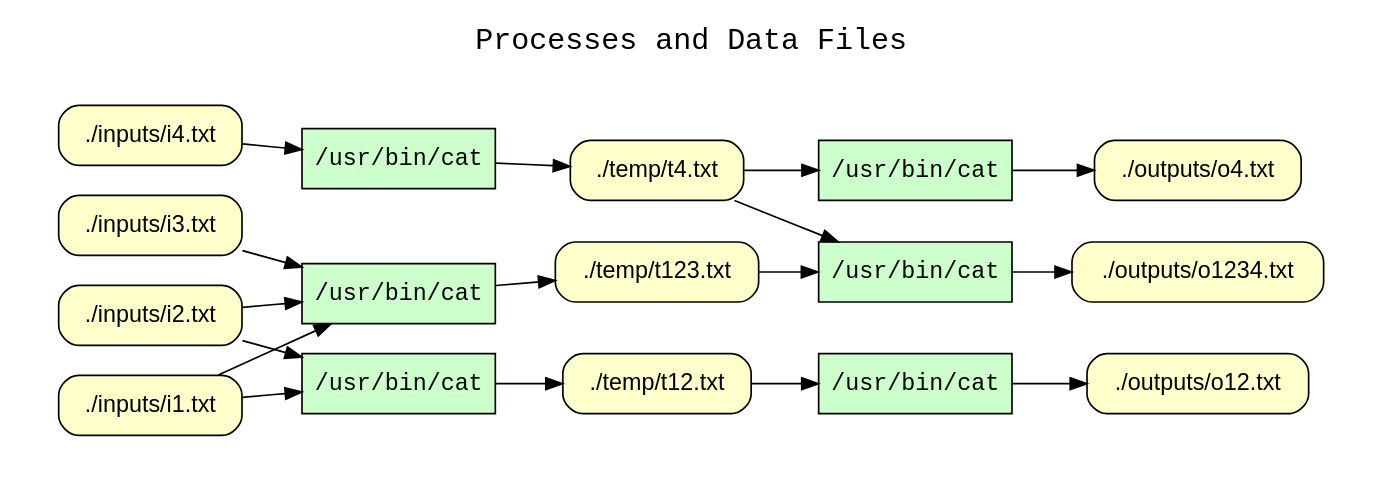
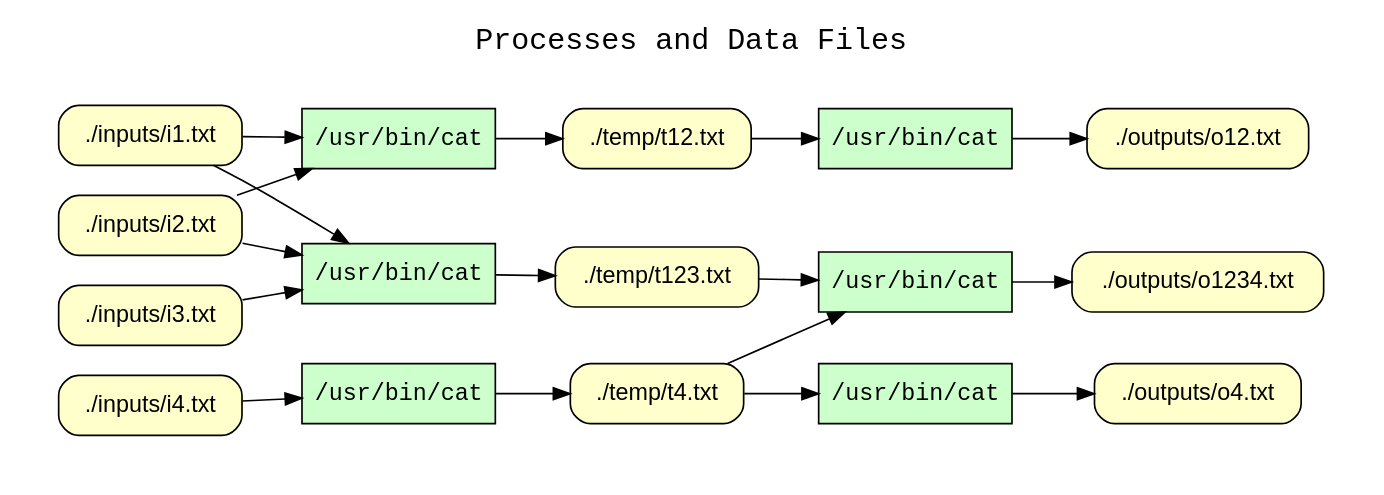
Before and after one commit to CIRSS/cpr: the diagram in examples/08-branched-pipeline/graphs.d/cpr_processes_and_data_files.dot, drawn with Graphviz. The commit also changed other lines of this file and 15 other files, not shown here.

```diff
--- a/examples/08-branched-pipeline/graphs.d/cpr_processes_and_data_files.dot
+++ b/examples/08-branched-pipeline/graphs.d/cpr_processes_and_data_files.dot
@@ -1,43 +1,43 @@
 
 digraph cpr_run {
 rankdir=LR
 fontname=Courier; fontsize=18; labelloc=t
 label="Processes and Data Files"
 subgraph cluster_inputs { label=""; color=white; penwidth=0
 subgraph cluster_inputs_inner { label=""; color=white
 node[shape=box style="filled" fillcolor="#CCFFCC" peripheries=1 fontname=Courier]
 "exe:e7" [label="/usr/bin/cat"]
 "exe:e6" [label="/usr/bin/cat"]
 "exe:e5" [label="/usr/bin/cat"]
 "exe:e4" [label="/usr/bin/cat"]
 "exe:e3" [label="/usr/bin/cat"]
 "exe:e2" [label="/usr/bin/cat"]
 node[shape=box style="rounded,filled" fillcolor="#FFFFCC" peripheries=1 fontname=Helvetica]
-"access:i20" [label="./inputs/i4.txt"]
-"access:i9" [label="./temp/t12.txt"]
 "access:i21" [label="./outputs/o12.txt"]
 "access:i22" [label="./outputs/o1234.txt"]
 "access:i15" [label="./inputs/i1.txt"]
 "access:i23" [label="./outputs/o4.txt"]
 "access:i16" [label="./inputs/i2.txt"]
 "access:i17" [label="./temp/t123.txt"]
 "access:i18" [label="./inputs/i3.txt"]
 "access:i19" [label="./temp/t4.txt"]
+"access:i20" [label="./inputs/i4.txt"]
+"access:i9" [label="./temp/t12.txt"]
 "exe:e7" -> "access:i23"
 "exe:e6" -> "access:i22"
 "exe:e5" -> "access:i21"
 "exe:e4" -> "access:i19"
 "exe:e3" -> "access:i17"
 "exe:e2" -> "access:i9"
 "access:i19" -> "exe:e7"
 "access:i17" -> "exe:e6"
 "access:i19" -> "exe:e6"
 "access:i9" -> "exe:e5"
 "access:i20" -> "exe:e4"
 "access:i15" -> "exe:e3"
 "access:i16" -> "exe:e3"
 "access:i18" -> "exe:e3"
 "access:i15" -> "exe:e2"
 "access:i16" -> "exe:e2"
 }}
 }
```
